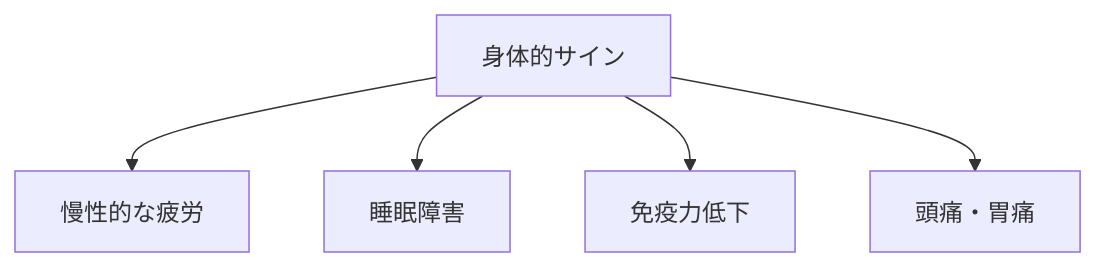
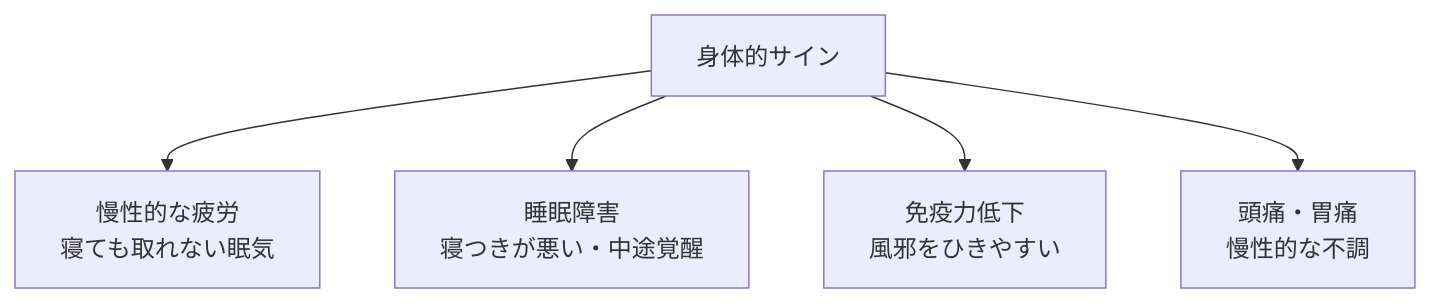
The first of 4 diagrams in content/blog/293-capacity-awareness-burnout-prevention.md (tndg16-bot/portfolio-site), drawn with Mermaid before and after one commit. The commit also changed other lines of this file and 19 other files, not shown here.

````diff
--- a/content/blog/293-capacity-awareness-burnout-prevention.md
+++ b/content/blog/293-capacity-awareness-burnout-prevention.md
@@ -44,8 +35,8 @@
 ```mermaid
 graph TD
     A[身体的サイン]
-    A --> B[慢性的な疲労]
-    A --> C[睡眠障害]
-    A --> D[免疫力低下]
-    A --> E[頭痛・胃痛]
+    A --> B[慢性的な疲労<br/>寝ても取れない眠気]
+    A --> C[睡眠障害<br/>寝つきが悪い・中途覚醒]
+    A --> D[免疫力低下<br/>風邪をひきやすい]
+    A --> E[頭痛・胃痛<br/>慢性的な不調]
 ```
````
